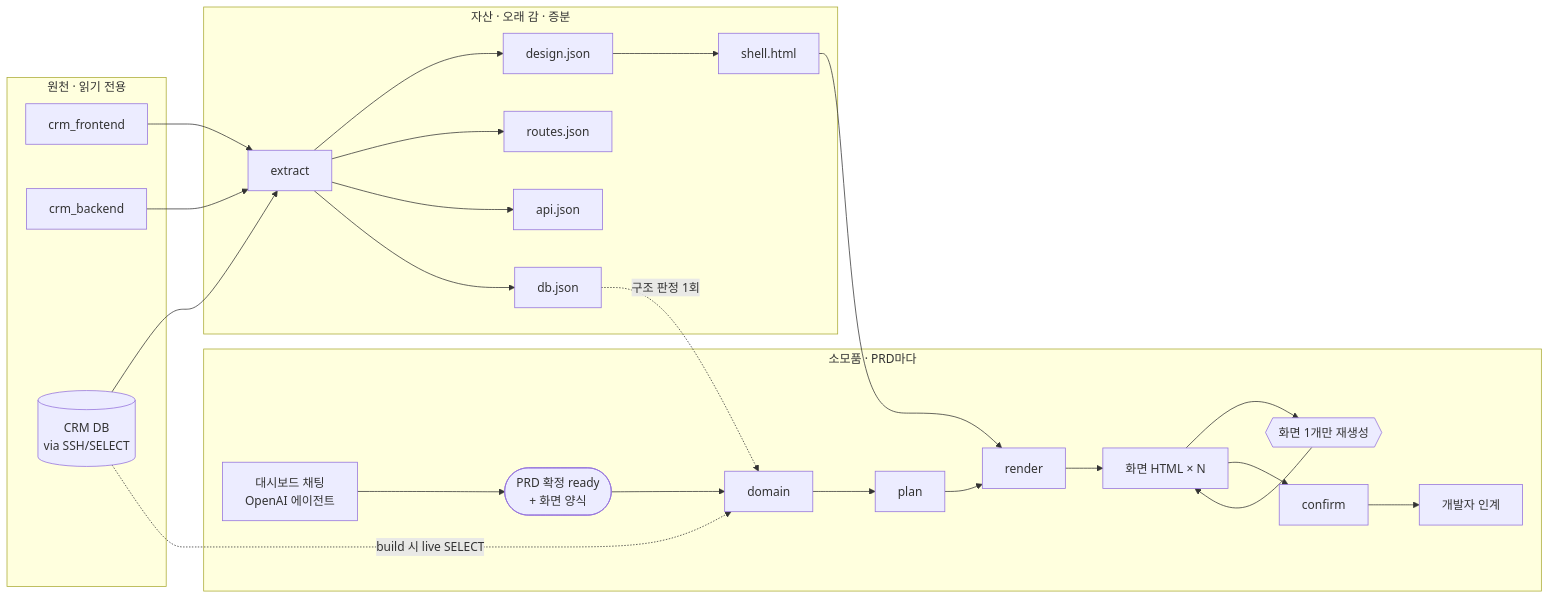
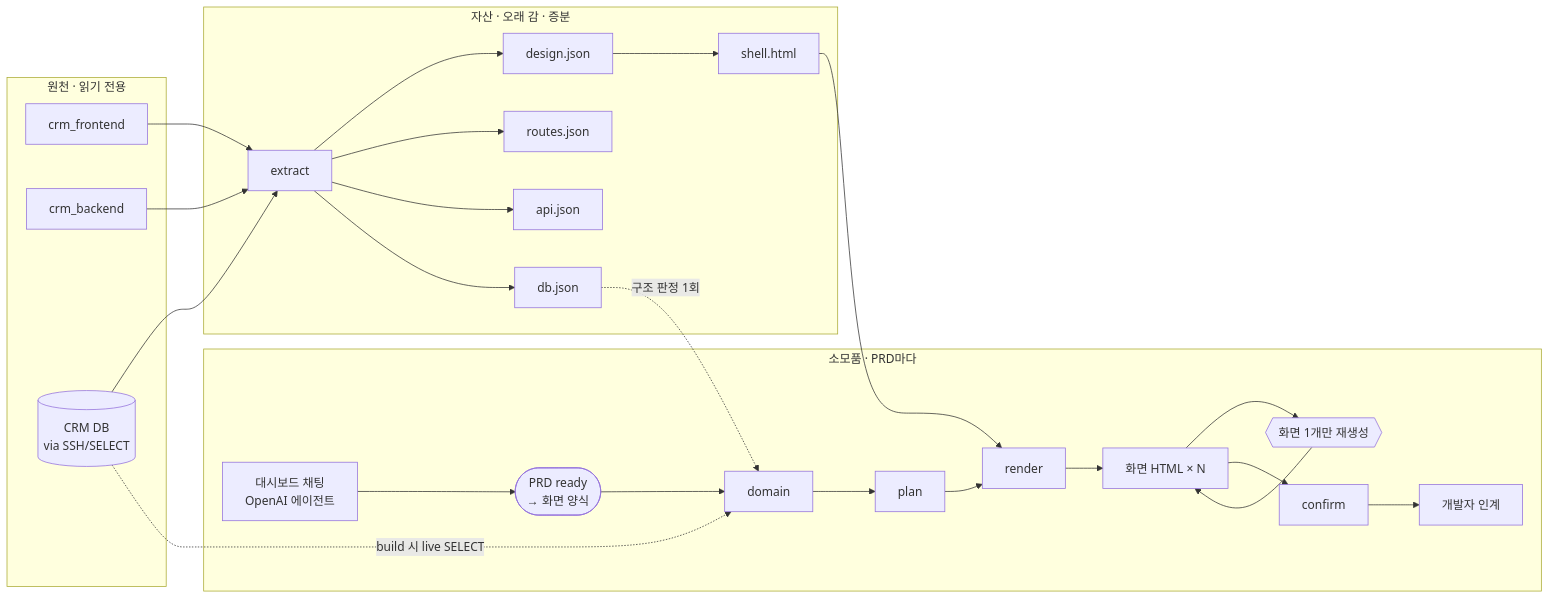
Before and after one commit to wonjd/wireframe_dashboard: the diagram in README.md, drawn with Mermaid. The commit also changed other lines of this file and 19 other files, not shown here.

First line of the commit message:
Ask screen layout only after PRD ready, center stage in HTML.

````diff
--- a/README.md
+++ b/README.md
@@ -50,42 +51,42 @@
 ```mermaid
 flowchart LR
   subgraph SRC["원천 · 읽기 전용"]
     FE[crm_frontend]
     BE[crm_backend]
     DB[(CRM DB<br/>via SSH/SELECT)]
   end
 
   subgraph ASSET["자산 · 오래 감 · 증분"]
     EX[extract]
     DJ[design.json]
     RJ[routes.json]
     AJ[api.json]
     DBJ[db.json]
     SH[shell.html]
   end
 
   subgraph RUN["소모품 · PRD마다"]
     CHAT["대시보드 채팅<br/>OpenAI 에이전트"]
-    PRD(["PRD 확정 ready<br/>+ 화면 양식"])
+    PRD(["PRD ready<br/>→ 화면 양식"])
     I2[domain]
     I3[plan]
     I4[render]
     HTML[화면 HTML × N]
     IT{{화면 1개만 재생성}}
     OK[confirm]
     DEV[개발자 인계]
   end
 
   FE --> EX
   BE --> EX
   DB --> EX
   EX --> DJ & RJ & AJ & DBJ
   DJ --> SH
 
   CHAT --> PRD --> I2 --> I3 --> I4 --> HTML
   DBJ -.->|구조 판정 1회| I2
   DB -.->|build 시 live SELECT| I2
   SH --> I4
   HTML --> IT --> HTML
   HTML --> OK --> DEV
 ```
````
